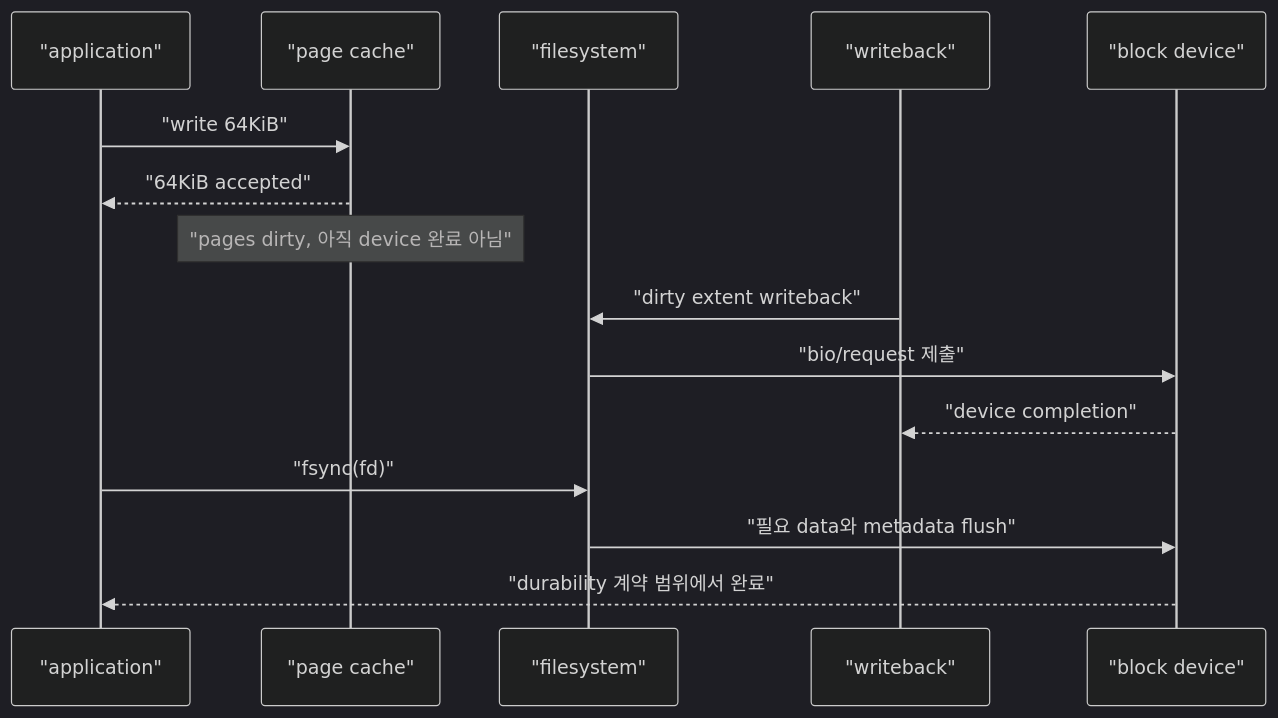
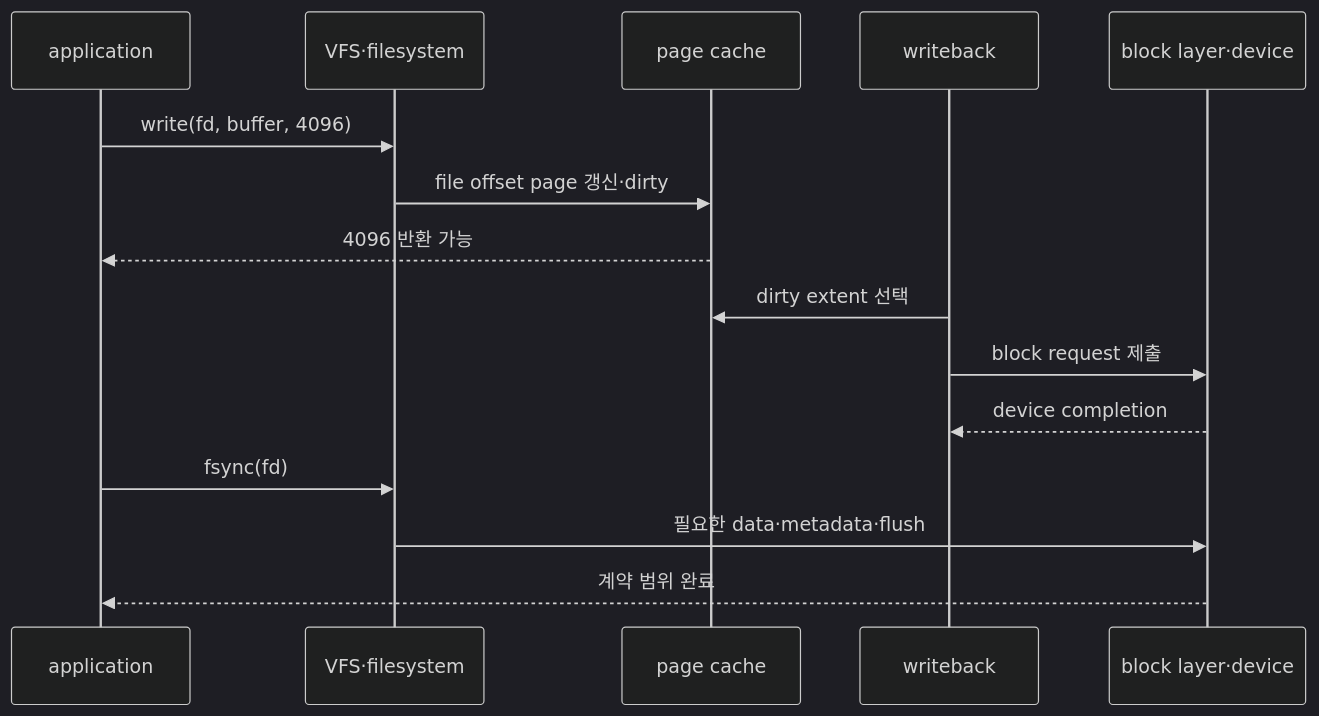
The first of 2 diagrams in learning/ubuntu-linux-internals/08-io-control-page-cache-and-durability.md (mj006648/netai-devsecops-runbook), drawn with Mermaid (dark theme) before and after one commit. The commit also changed other lines of this file and 165 other files, not shown here.

````diff
--- a/learning/ubuntu-linux-internals/08-io-control-page-cache-and-durability.md
+++ b/learning/ubuntu-linux-internals/08-io-control-page-cache-and-durability.md
@@ -30,17 +118,17 @@
 ```mermaid
 sequenceDiagram
-    participant A as "application"
-    participant P as "page cache"
-    participant F as "filesystem"
-    participant W as "writeback"
-    participant D as "block device"
-    A->>P: "write 64KiB"
-    P-->>A: "64KiB accepted"
-    Note over P: "pages dirty, 아직 device 완료 아님"
-    W->>F: "dirty extent writeback"
-    F->>D: "bio/request 제출"
-    D-->>W: "device completion"
-    A->>F: "fsync(fd)"
-    F->>D: "필요 data와 metadata flush"
-    D-->>A: "durability 계약 범위에서 완료"
+    participant A as application
+    participant V as VFS·filesystem
+    participant P as page cache
+    participant W as writeback
+    participant B as block layer·device
+    A->>V: write(fd, buffer, 4096)
+    V->>P: file offset page 갱신·dirty
+    P-->>A: 4096 반환 가능
+    W->>P: dirty extent 선택
+    W->>B: block request 제출
+    B-->>W: device completion
+    A->>V: fsync(fd)
+    V->>B: 필요한 data·metadata·flush
+    B-->>A: 계약 범위 완료
 ```
````
